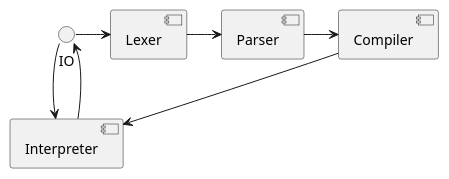
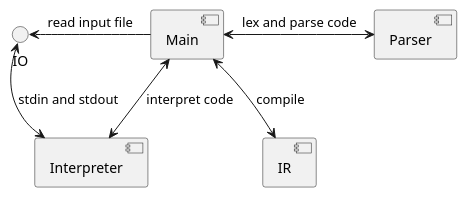
The diagram in doc/src/05_building_block_view.adoc (Noratrieb/crapderive), drawn with PlantUML before and after one commit. The commit also changed other lines of this file and 5 other files, not shown here.

```diff
--- a/doc/src/05_building_block_view.adoc
+++ b/doc/src/05_building_block_view.adoc
@@ -6,9 +8,8 @@
 [plantuml]
 ----
-() IO -> [Lexer]
-[Lexer] -> [Parser]
-[Parser] -> [Compiler]
-[Compiler] --> [Interpreter]
-[Interpreter] -> () IO
-() IO --> [Interpreter]
+() IO <- [Main] : read input file
+[Main] <-> [Parser] : lex and parse code
+[Main] <--> [IR] : compile
+[Main] <--> [Interpreter] : interpret code
+[Interpreter] <--> () IO : stdin and stdout
 ----
```
